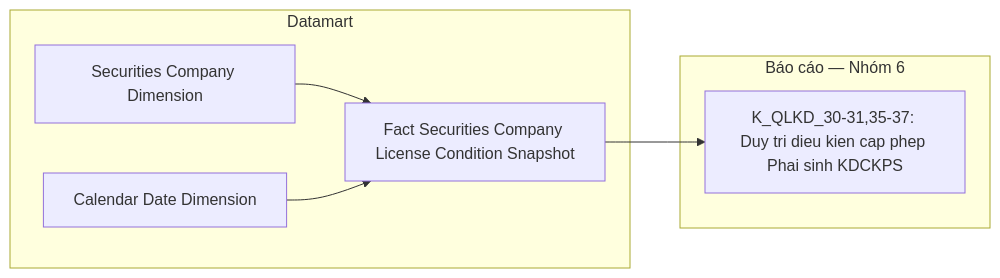
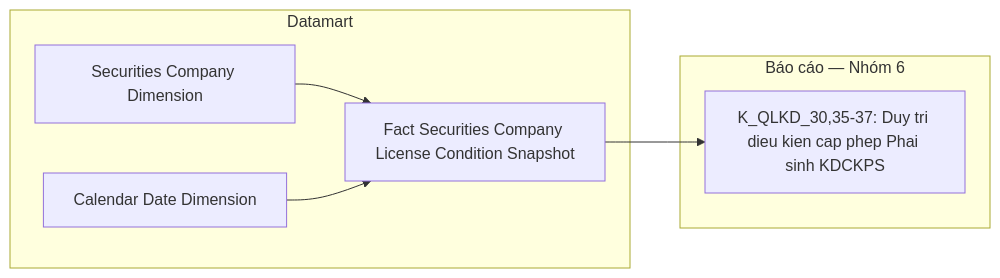
Diagram 22 of 30 in Datamart/hld/DTM_QLKD_HLD.md (linhlvit/ubck_atomic_design), drawn with Mermaid before and after one commit. The commit also changed other lines of this file and 9 other files, not shown here.

Commit message:
feat(QLKD): cap nhat thiet ke Datamart QLKD v4.3 va dong bo phan tich BA (bo sung Fact Compliance va Financial Snapshot)

````diff
--- a/Datamart/hld/DTM_QLKD_HLD.md
+++ b/Datamart/hld/DTM_QLKD_HLD.md
@@ -1185,14 +1023,14 @@
 ```mermaid
 flowchart LR
     subgraph MART["Datamart"]
         F1["Fact Securities Company License Condition Snapshot"]
         D1["Securities Company Dimension"]
         D2["Calendar Date Dimension"]
         D1 --> F1
         D2 --> F1
     end
     subgraph RPT["Báo cáo — Nhóm 6"]
-        R1["K_QLKD_30-31,35-37: Duy tri dieu kien cap phep Phai sinh KDCKPS"]
+        R1["K_QLKD_30,35-37: Duy tri dieu kien cap phep Phai sinh KDCKPS"]
     end
     F1 --> R1
 ```
````
